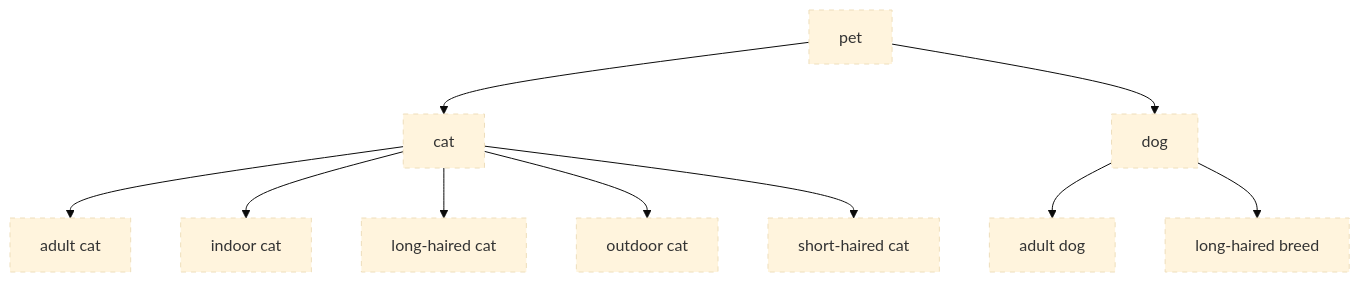
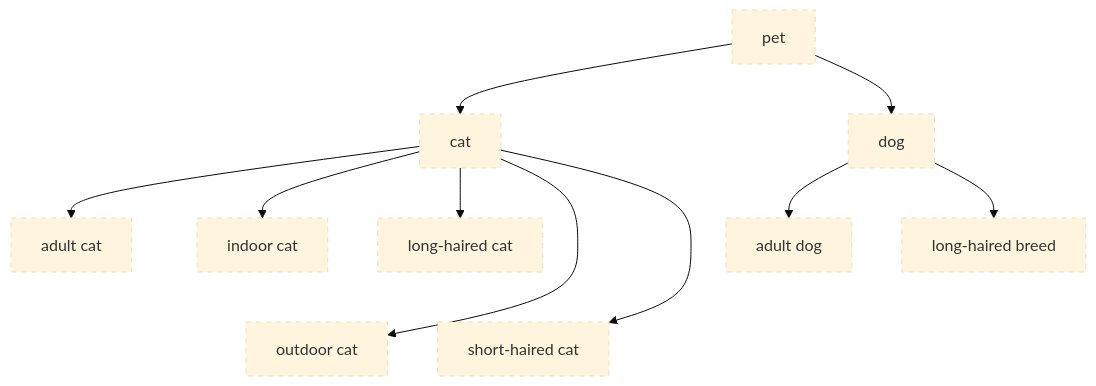
The eighth of 57 diagrams in data/ontology-pets-and-house-rules/03_release/00_raw/level-2.md (belaboros/DomainAiAssistant), drawn with Mermaid (base theme) before and after one commit. The commit also changed other lines of this file and 16 other files, not shown here.

First line of the commit message:
T39 (spec 0002): level diagrams near 16:9, is-a edges in relation diagrams

````diff
--- a/data/ontology-pets-and-house-rules/03_release/00_raw/level-2.md
+++ b/data/ontology-pets-and-house-rules/03_release/00_raw/level-2.md
@@ -115,24 +117,26 @@
 ```mermaid
 flowchart TB
     classDef draft stroke-dasharray: 5 5
     cn_01M82H0CT7BJSF0Q3S0YPNSAE2["adult cat"]
     cn_01M82GM2G3AM0SX444VHV3202F["adult dog"]
     cn_01M82GY6D4FG58KKX81F7CX0F1["cat"]
     cn_01M82GJP3CRKNX3DNJZDNANDWM["dog"]
     cn_01M82GYVM9BBT0CS4ZCPR3ER6H["indoor cat"]
     cn_01M82GKFJ96730WAHGQQD3M95B["long-haired breed"]
     cn_01M82H394WWKSMY0HG5WFCNGA9["long-haired cat"]
     cn_01M82GYVM9BBT0CS4ZCPR3ER6J["outdoor cat"]
     cn_01M82H94Y19DEFXTHPXP970KGB["pet"]
     cn_01M82H394WWKSMY0HG5WFCNGA8["short-haired cat"]
     cn_01M82GY6D4FG58KKX81F7CX0F1 --> cn_01M82H0CT7BJSF0Q3S0YPNSAE2
     cn_01M82GJP3CRKNX3DNJZDNANDWM --> cn_01M82GM2G3AM0SX444VHV3202F
     cn_01M82H94Y19DEFXTHPXP970KGB --> cn_01M82GY6D4FG58KKX81F7CX0F1
     cn_01M82H94Y19DEFXTHPXP970KGB --> cn_01M82GJP3CRKNX3DNJZDNANDWM
     cn_01M82GY6D4FG58KKX81F7CX0F1 --> cn_01M82GYVM9BBT0CS4ZCPR3ER6H
     cn_01M82GJP3CRKNX3DNJZDNANDWM --> cn_01M82GKFJ96730WAHGQQD3M95B
     cn_01M82GY6D4FG58KKX81F7CX0F1 --> cn_01M82H394WWKSMY0HG5WFCNGA9
     cn_01M82GY6D4FG58KKX81F7CX0F1 --> cn_01M82GYVM9BBT0CS4ZCPR3ER6J
     cn_01M82GY6D4FG58KKX81F7CX0F1 --> cn_01M82H394WWKSMY0HG5WFCNGA8
+    cn_01M82H0CT7BJSF0Q3S0YPNSAE2 ~~~ cn_01M82GYVM9BBT0CS4ZCPR3ER6J
+    cn_01M82GYVM9BBT0CS4ZCPR3ER6H ~~~ cn_01M82H394WWKSMY0HG5WFCNGA8
     class cn_01M82H0CT7BJSF0Q3S0YPNSAE2,cn_01M82GM2G3AM0SX444VHV3202F,cn_01M82GY6D4FG58KKX81F7CX0F1,cn_01M82GJP3CRKNX3DNJZDNANDWM,cn_01M82GYVM9BBT0CS4ZCPR3ER6H,cn_01M82GKFJ96730WAHGQQD3M95B,cn_01M82H394WWKSMY0HG5WFCNGA9,cn_01M82GYVM9BBT0CS4ZCPR3ER6J,cn_01M82H94Y19DEFXTHPXP970KGB,cn_01M82H394WWKSMY0HG5WFCNGA8 draft
 ```
````
